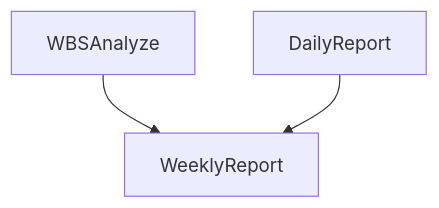
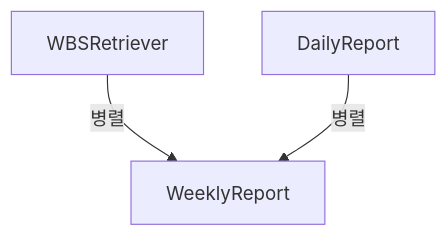
Before and after one commit to skala-yAXim/AI-end: the third of 4 diagrams in README.md, drawn with Mermaid. The commit also changed other lines of this file and 19 other files, not shown here.

````diff
--- a/README.md
+++ b/README.md
@@ -46,5 +104,5 @@
  ```mermaid
 graph TD;
-    WBSAnalyze --> WeeklyReport
-    DailyReport --> WeeklyReport
+    WBSRetriever -->|병렬| WeeklyReport
+    DailyReport  -->|병렬| WeeklyReport
 ```
````
